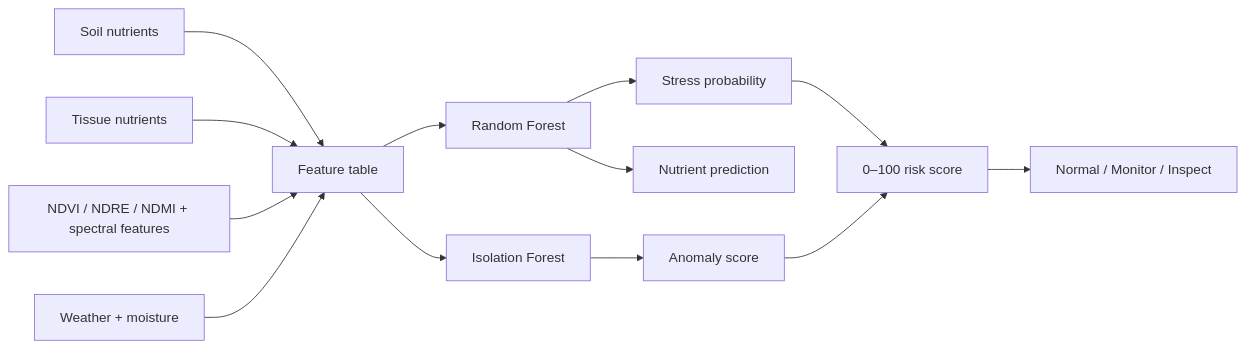
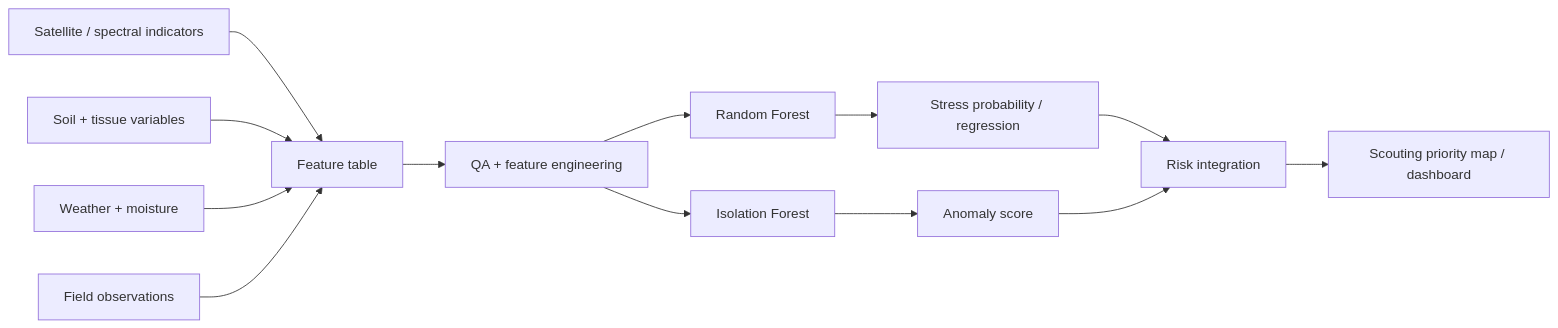
One commit to belbasepriyanka/sentinel2-vegetation-health-monitoring changed the diagram in README.md. Above: the diagram before and after it, drawn with Mermaid. The commit also changed other lines of this file, not shown here.

Commit message:
Polish GeoAI crop stress portfolio documentation

````diff
--- a/README.md
+++ b/README.md
@@ -45,15 +46,15 @@
 ```mermaid
 flowchart LR
- A[Soil nutrients] --> E[Feature table]
- B[Tissue nutrients] --> E
- C[NDVI / NDRE / NDMI + spectral features] --> E
- D[Weather + moisture] --> E
- E --> F[Random Forest]
- E --> G[Isolation Forest]
- F --> H[Stress probability]
- F --> I[Nutrient prediction]
- G --> J[Anomaly score]
- H --> K[0–100 risk score]
+ A[Satellite / spectral indicators] --> E[Feature table]
+ B[Soil + tissue variables] --> E
+ C[Weather + moisture] --> E
+ D[Field observations] --> E
+ E --> F[QA + feature engineering]
+ F --> G[Random Forest]
+ F --> H[Isolation Forest]
+ G --> I[Stress probability / regression]
+ H --> J[Anomaly score]
+ I --> K[Risk integration]
  J --> K
- K --> L[Normal / Monitor / Inspect]
+ K --> L[Scouting priority map / dashboard]
 ```
````
